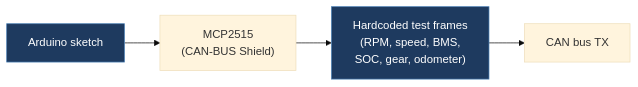
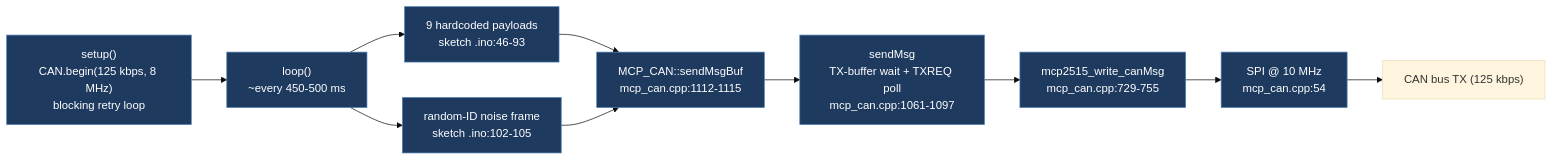
One commit to babico/TeslaCANModder changed the first of 2 diagrams in docs/legacy/SergeyStaroletov-Tesla-CAN-packets-generator.md. Above: the diagram before and after it, drawn with Mermaid (base theme). The commit also changed other lines of this file and 99 other files, not shown here.

````diff
--- a/docs/legacy/SergeyStaroletov-Tesla-CAN-packets-generator.md
+++ b/docs/legacy/SergeyStaroletov-Tesla-CAN-packets-generator.md
@@ -19,8 +53,14 @@
 ```mermaid
 flowchart LR
-    Arduino["Arduino sketch"] --> MCP["MCP2515<br/>(CAN-BUS Shield)"]
-    MCP --> Frames["Hardcoded test frames<br/>(RPM, speed, BMS,<br/>SOC, gear, odometer)"]
-    Frames --> Bus["CAN bus TX"]
+    Setup["setup()<br/>CAN.begin(125 kbps, 8 MHz)<br/>blocking retry loop"] --> Loop["loop()<br/>~every 450-500 ms"]
+    Loop --> Frames["9 hardcoded payloads<br/>sketch .ino:46-93"]
+    Loop --> Noise["random-ID noise frame<br/>sketch .ino:102-105"]
+    Frames --> Send["MCP_CAN::sendMsgBuf<br/>mcp_can.cpp:1112-1115"]
+    Noise --> Send
+    Send --> Wait["sendMsg<br/>TX-buffer wait + TXREQ poll<br/>mcp_can.cpp:1061-1097"]
+    Wait --> Write["mcp2515_write_canMsg<br/>mcp_can.cpp:729-755"]
+    Write --> SPI["SPI @ 10 MHz<br/>mcp_can.cpp:54"]
+    SPI --> Bus["CAN bus TX (125 kbps)"]
     classDef path fill:#1e3a5f,stroke:#4a7fb5,color:#fff
-    class Arduino,Frames path
+    class Setup,Loop,Frames,Noise,Send,Wait,Write,SPI path
 ```
````
